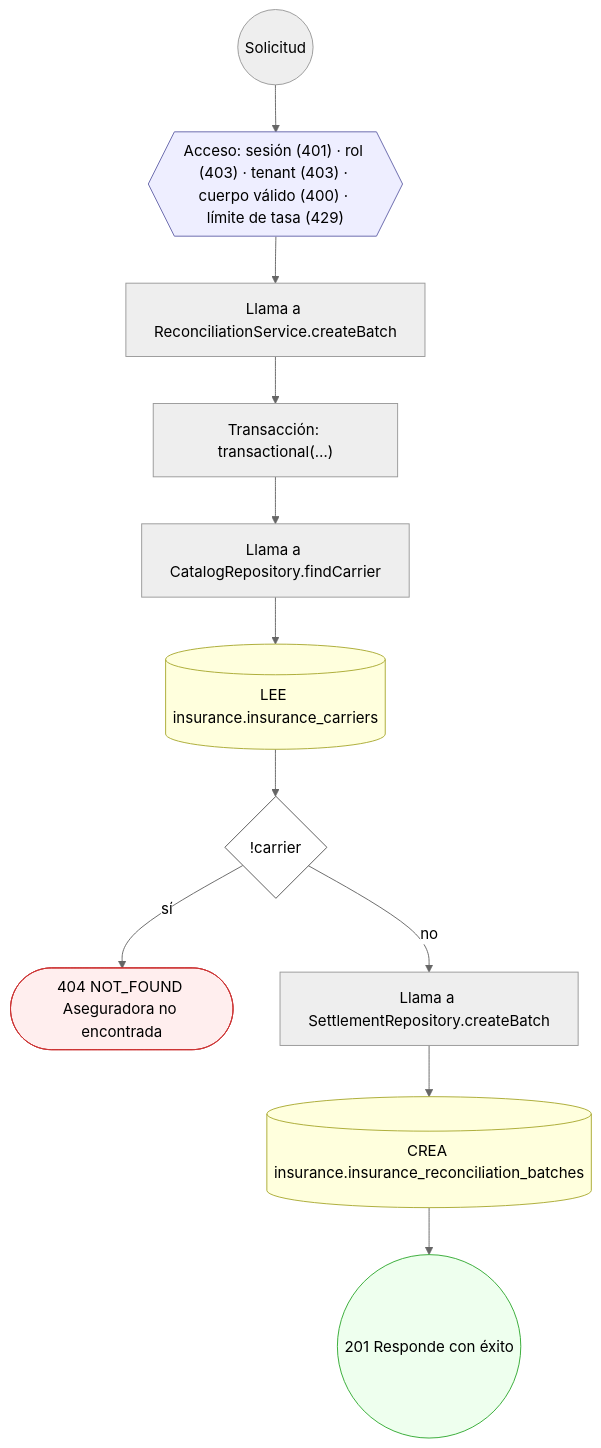
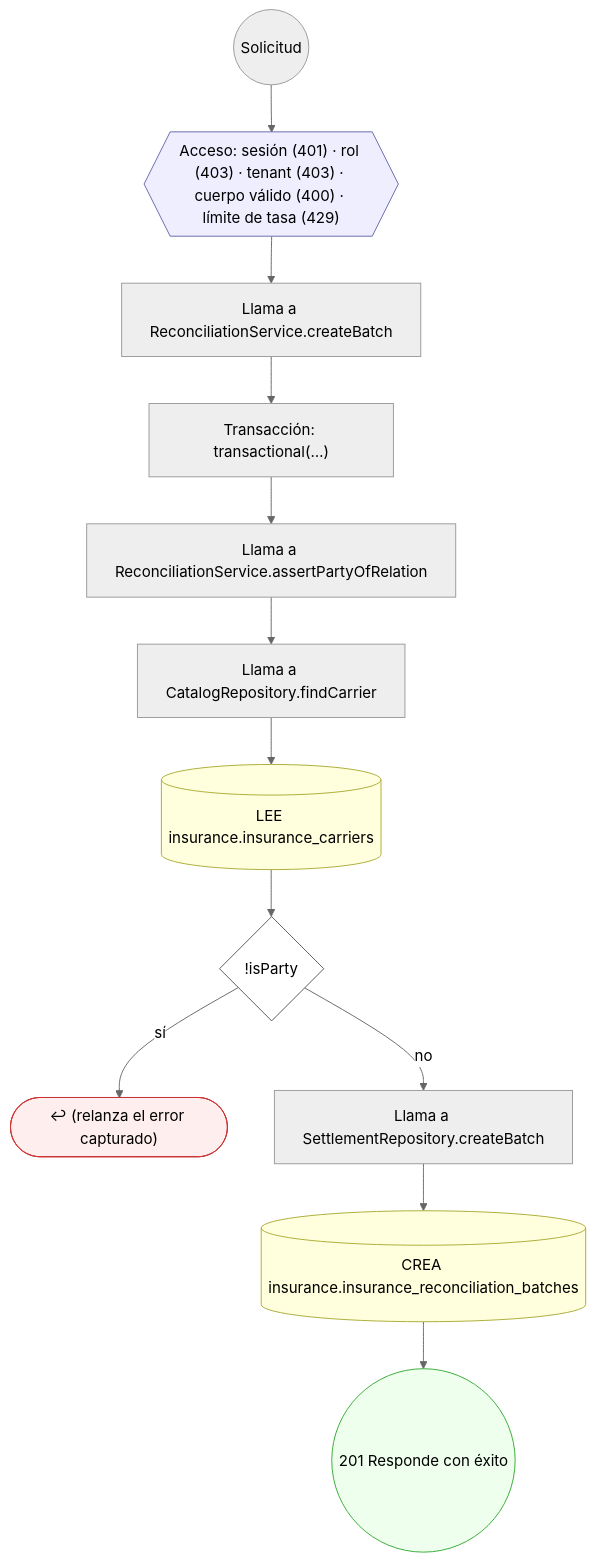
Diagram 57 of 58 in docs/inventario/flujos/insurance.md (mdavila-2001/mantra-core-health-api), drawn with Mermaid (neutral theme) before and after one commit. The commit also changed other lines of this file and 438 other files, not shown here.

````diff
--- a/docs/inventario/flujos/insurance.md
+++ b/docs/inventario/flujos/insurance.md
@@ -5131,30 +5616,32 @@
 ```mermaid
 flowchart TD
   n1(("Solicitud")):::inicio
   n2{{"Acceso: sesión (401) · rol (403) · tenant (403) · cuerpo válido (400) · límite de tasa (429)"}}:::acceso
   n1 --> n2
   n3["Llama a ReconciliationService.createBatch"]:::llamada
   n2 --> n3
   n4["Transacción: transactional(…)"]:::transaccion
   n3 --> n4
-  n5["Llama a CatalogRepository.findCarrier"]:::llamada
+  n5["Llama a ReconciliationService.assertPartyOfRelation"]:::llamada
   n4 --> n5
-  n6[("LEE insurance.insurance_carriers")]:::efecto
+  n6["Llama a CatalogRepository.findCarrier"]:::llamada
   n5 --> n6
-  n7{"!carrier"}:::decision
+  n7[("LEE insurance.insurance_carriers")]:::efecto
   n6 --> n7
-  n8(["404 NOT_FOUND Aseguradora no encontrada"]):::error
-  n7 -->|"sí"| n8
-  n9["Llama a SettlementRepository.createBatch"]:::llamada
-  n7 -->|"no"| n9
-  n10[("CREA insurance.insurance_reconciliation_batches")]:::efecto
-  n9 --> n10
-  n11(("201 Responde con éxito")):::ok
+  n8{"!isParty"}:::decision
+  n7 --> n8
+  n9(["↩ (relanza el error capturado)"]):::error
+  n8 -->|"sí"| n9
+  n10["Llama a SettlementRepository.createBatch"]:::llamada
+  n8 -->|"no"| n10
+  n11[("CREA insurance.insurance_reconciliation_batches")]:::efecto
   n10 --> n11
+  n12(("201 Responde con éxito")):::ok
+  n11 --> n12
   classDef acceso fill:#eef,stroke:#66a
   classDef error fill:#fee,stroke:#c33
   classDef ok fill:#efe,stroke:#3a3
   classDef efecto fill:#ffd,stroke:#aa3
   classDef decision fill:#fff,stroke:#555
   classDef corte fill:#eee,stroke:#999,stroke-dasharray: 4
 ```
````
